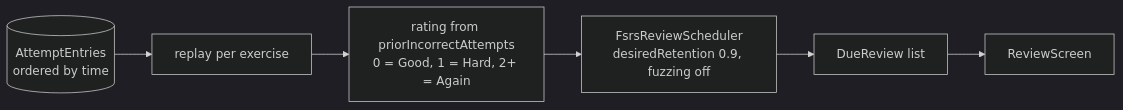
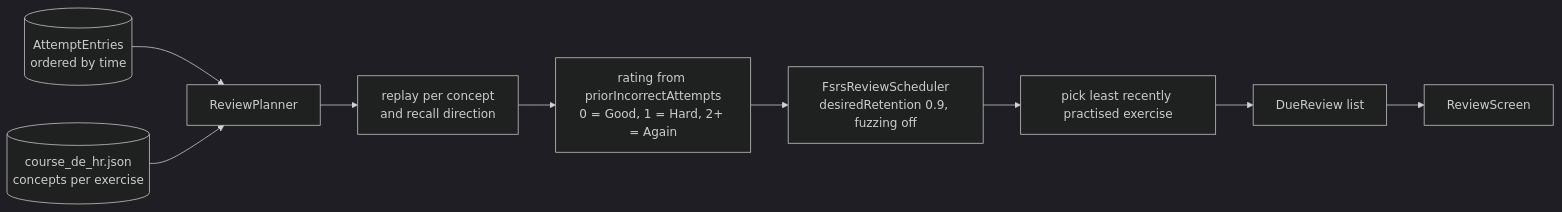
Before and after one commit to marcelpetrick/CroLingo: the fifth of 9 diagrams in docs/05_architecture.md, drawn with Mermaid (dark theme). The commit also changed other lines of this file and 16 other files, not shown here.

````diff
--- a/docs/05_architecture.md
+++ b/docs/05_architecture.md
@@ -247,8 +259,11 @@
 ```mermaid
 flowchart LR
-  Attempts[("AttemptEntries<br/>ordered by time")] --> Replay["replay per exercise"]
+  Attempts[("AttemptEntries<br/>ordered by time")] --> Planner["ReviewPlanner"]
+  Course[("course_de_hr.json<br/>concepts per exercise")] --> Planner
+  Planner --> Replay["replay per concept<br/>and recall direction"]
   Replay --> Rating["rating from priorIncorrectAttempts<br/>0 = Good, 1 = Hard, 2+ = Again"]
   Rating --> Fsrs["FsrsReviewScheduler<br/>desiredRetention 0.9, fuzzing off"]
-  Fsrs --> Due["DueReview list"]
+  Fsrs --> Pick["pick least recently practised exercise"]
+  Pick --> Due["DueReview list"]
   Due --> ReviewScreen["ReviewScreen"]
 ```
````
